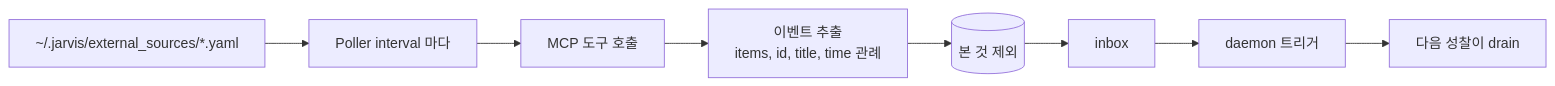
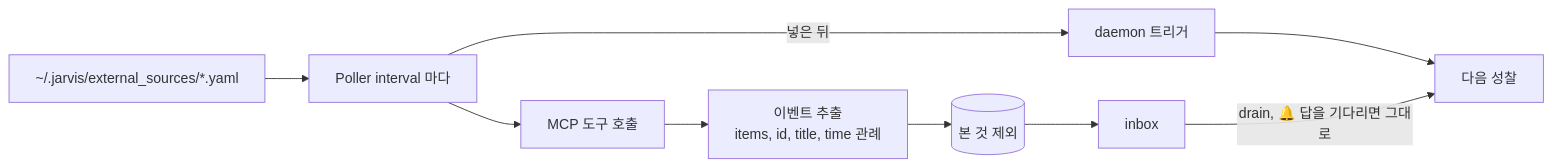
One commit to ash-hun/jarvis-agent changed the first of 2 diagrams in website/docs/concepts/conversation/mcp.md. Above: the diagram before and after it, drawn with Mermaid. The commit also changed other lines of this file and 30 other files, not shown here.

First line of the commit message:
Docs: 기능별 그림 13장과 캡션, mermaid 를 지금 코드에 맞춰, 사라진 메모리 미들웨어와 ThoughtFrame 약속 필드를 지우고 이후 추가된 경로를 그린다 (#179)

````diff
--- a/website/docs/concepts/conversation/mcp.md
+++ b/website/docs/concepts/conversation/mcp.md
@@ -17,10 +17,11 @@
 ```mermaid
 flowchart LR
   Y[~/.jarvis/external_sources/*.yaml] --> P[Poller interval 마다]
   P --> MCP[MCP 도구 호출]
   MCP --> D[이벤트 추출<br/>items, id, title, time 관례]
   D --> SEEN[(본 것 제외)]
   SEEN --> I[inbox]
-  I --> TR[daemon 트리거]
-  TR --> R[다음 성찰이 drain]
+  P -->|넣은 뒤| TR[daemon 트리거]
+  TR --> R[다음 성찰]
+  I -->|drain, 🔔 답을 기다리면 그대로| R
 ```
````
